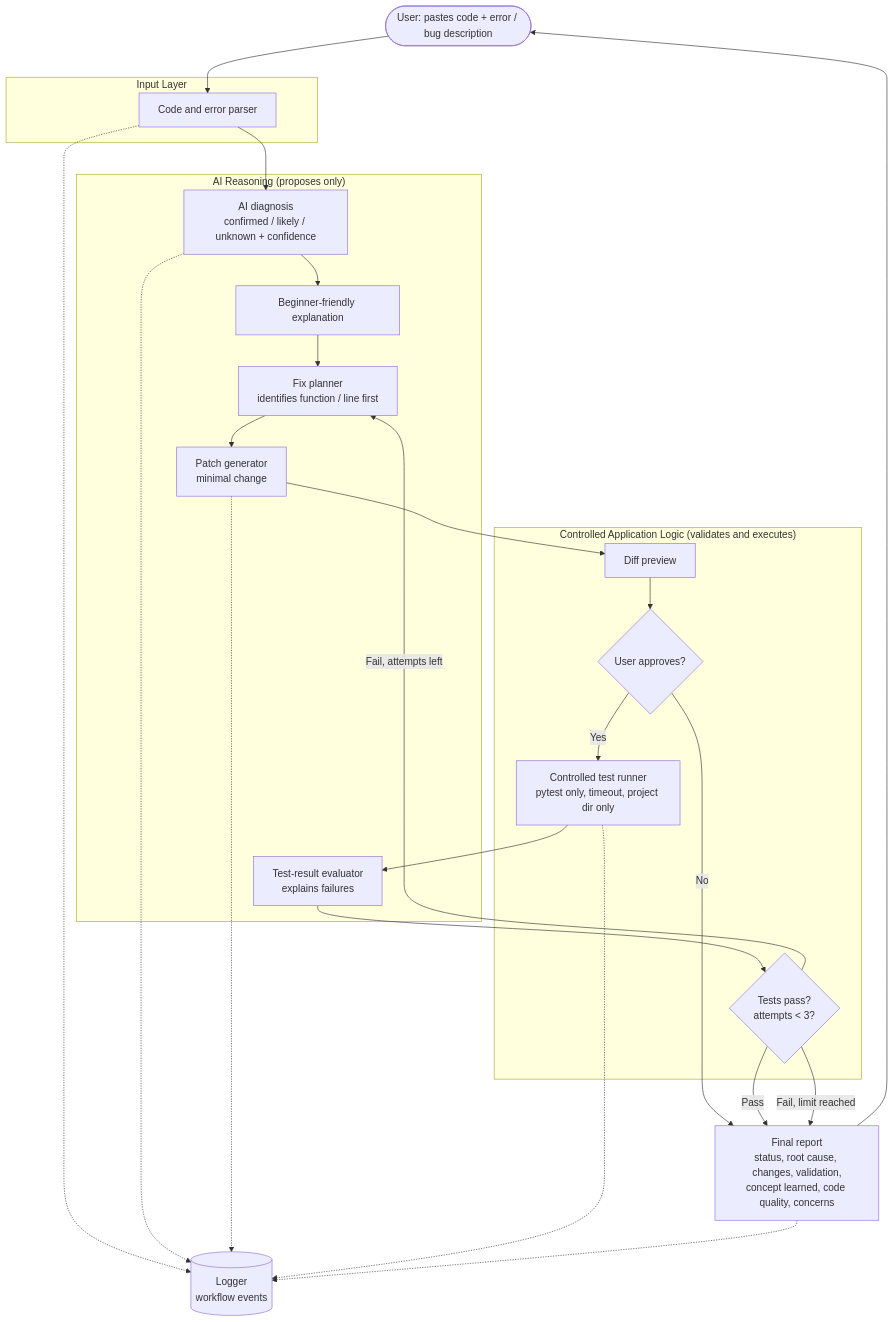
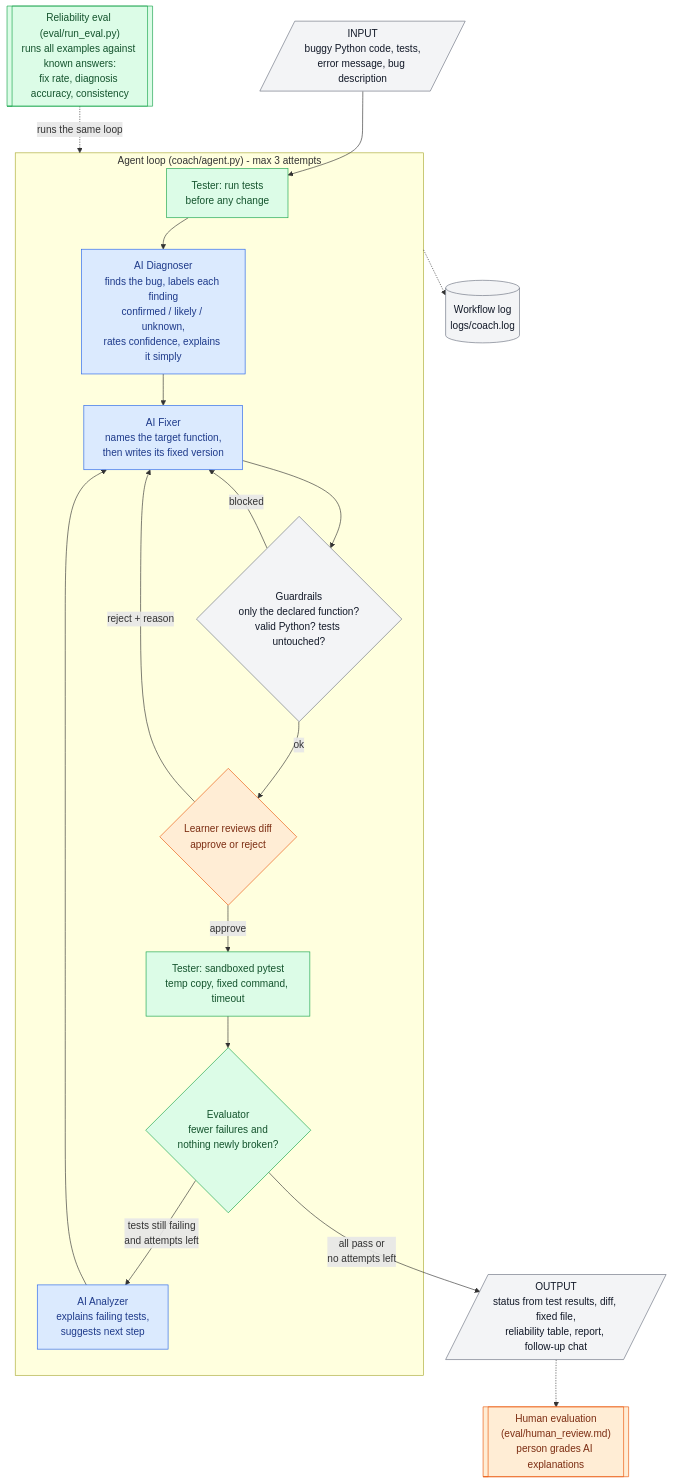
One commit to stimalsina141/applied-ai-system-project changed the diagram in diagrams/architecture.mmd. Above: the diagram before and after it, drawn with Mermaid. The commit also changed 3 other files, not shown here.

First line of the commit message:
docs: add README, model card and system diagram

```diff
--- a/diagrams/architecture.mmd
+++ b/diagrams/architecture.mmd
@@ -1,49 +1,43 @@
 %% AI Debugging Coach - System Architecture
-%% Principle: the AI proposes and reasons; controlled application logic validates and executes.
+%% The AI proposes and reasons; controlled application logic validates and executes.
+%% Legend: blue = AI model (free local Qwen2.5-Coder via Ollama by default), gray = application logic, green = testing check, orange = human check
 
 flowchart TD
-    User([User: pastes code + error / bug description])
+    IN[/"INPUT<br/>buggy Python code, tests,<br/>error message, bug description"/]
 
-    subgraph Input["Input Layer"]
-        Parser[Code and error parser]
+    subgraph AGENT["Agent loop (coach/agent.py) - max 3 attempts"]
+        BASE["Tester: run tests<br/>before any change"]
+        DIAG["AI Diagnoser<br/>finds the bug, labels each finding<br/>confirmed / likely / unknown,<br/>rates confidence, explains it simply"]
+        PATCH["AI Fixer<br/>names the target function,<br/>then writes its fixed version"]
+        GUARD{"Guardrails<br/>only the declared function?<br/>valid Python? tests untouched?"}
+        HUMAN{"Learner reviews diff<br/>approve or reject"}
+        TEST["Tester: sandboxed pytest<br/>temp copy, fixed command, timeout"]
+        KEEP{"Evaluator<br/>fewer failures and<br/>nothing newly broken?"}
+        ANALYZE["AI Analyzer<br/>explains failing tests,<br/>suggests next step"]
     end
 
-    subgraph AI["AI Reasoning (proposes only)"]
-        Diagnosis["AI diagnosis<br/>confirmed / likely / unknown + confidence"]
-        Explain[Beginner-friendly explanation]
-        Planner["Fix planner<br/>identifies function / line first"]
-        Patch[Patch generator<br/>minimal change]
-        Evaluator["Test-result evaluator<br/>explains failures"]
-    end
+    OUT[/"OUTPUT<br/>status from test results, diff, fixed file,<br/>reliability table, report, follow-up chat"/]
+    EVAL[["Reliability eval (eval/run_eval.py)<br/>runs all examples against known answers:<br/>fix rate, diagnosis accuracy, consistency"]]
+    REVIEW[["Human evaluation<br/>(eval/human_review.md)<br/>person grades AI explanations"]]
+    LOG[("Workflow log<br/>logs/coach.log")]
 
-    subgraph Control["Controlled Application Logic (validates and executes)"]
-        Diff[Diff preview]
-        Approval{User approves?}
-        Runner["Controlled test runner<br/>pytest only, timeout, project dir only"]
-        Retry{"Tests pass?<br/>attempts < 3?"}
-    end
+    IN --> BASE --> DIAG --> PATCH --> GUARD
+    GUARD -- blocked --> PATCH
+    GUARD -- ok --> HUMAN
+    HUMAN -- "reject + reason" --> PATCH
+    HUMAN -- approve --> TEST --> KEEP
+    KEEP -- "tests still failing<br/>and attempts left" --> ANALYZE --> PATCH
+    KEEP -- "all pass or<br/>no attempts left" --> OUT
 
-    Report["Final report<br/>status, root cause, changes, validation,<br/>concept learned, code quality, concerns"]
-    Logger[(Logger<br/>workflow events)]
+    EVAL -. "runs the same loop" .-> AGENT
+    OUT -.-> REVIEW
+    AGENT -.-> LOG
 
-    User --> Parser
-    Parser --> Diagnosis
-    Diagnosis --> Explain
-    Explain --> Planner
-    Planner --> Patch
-    Patch --> Diff
-    Diff --> Approval
-    Approval -- No --> Report
-    Approval -- Yes --> Runner
-    Runner --> Evaluator
-    Evaluator --> Retry
-    Retry -- "Fail, attempts left" --> Planner
-    Retry -- "Pass" --> Report
-    Retry -- "Fail, limit reached" --> Report
-    Report --> User
-
-    Parser -.-> Logger
-    Diagnosis -.-> Logger
-    Patch -.-> Logger
-    Runner -.-> Logger
-    Report -.-> Logger
+    classDef ai fill:#dbeafe,stroke:#2563eb,color:#1e3a8a
+    classDef app fill:#f3f4f6,stroke:#6b7280,color:#111827
+    classDef test fill:#dcfce7,stroke:#16a34a,color:#14532d
+    classDef human fill:#ffedd5,stroke:#ea580c,color:#7c2d12
+    class DIAG,PATCH,ANALYZE ai
+    class GUARD,IN,OUT,LOG app
+    class BASE,TEST,KEEP,EVAL test
+    class HUMAN,REVIEW human
```
